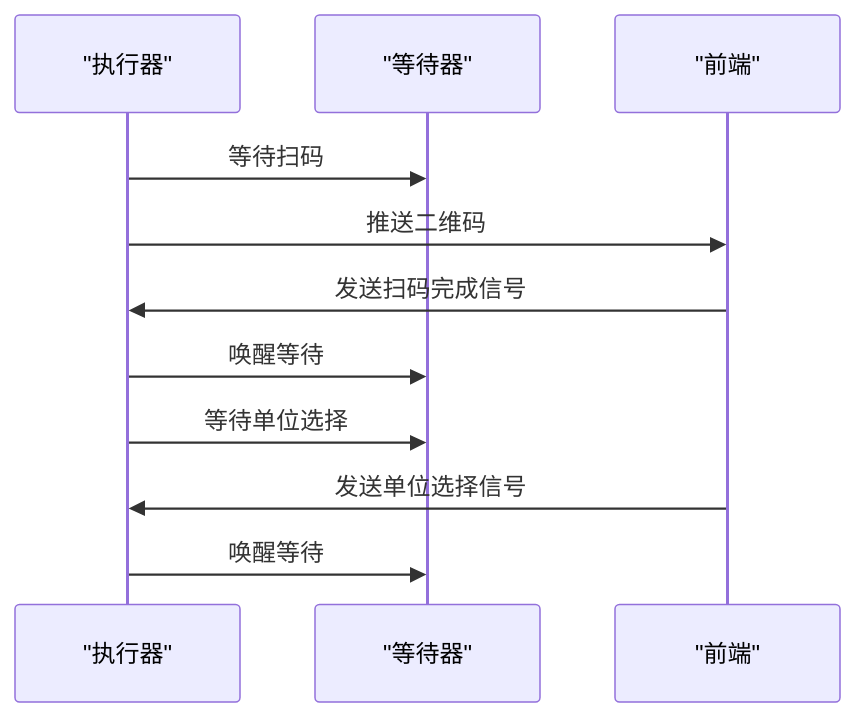
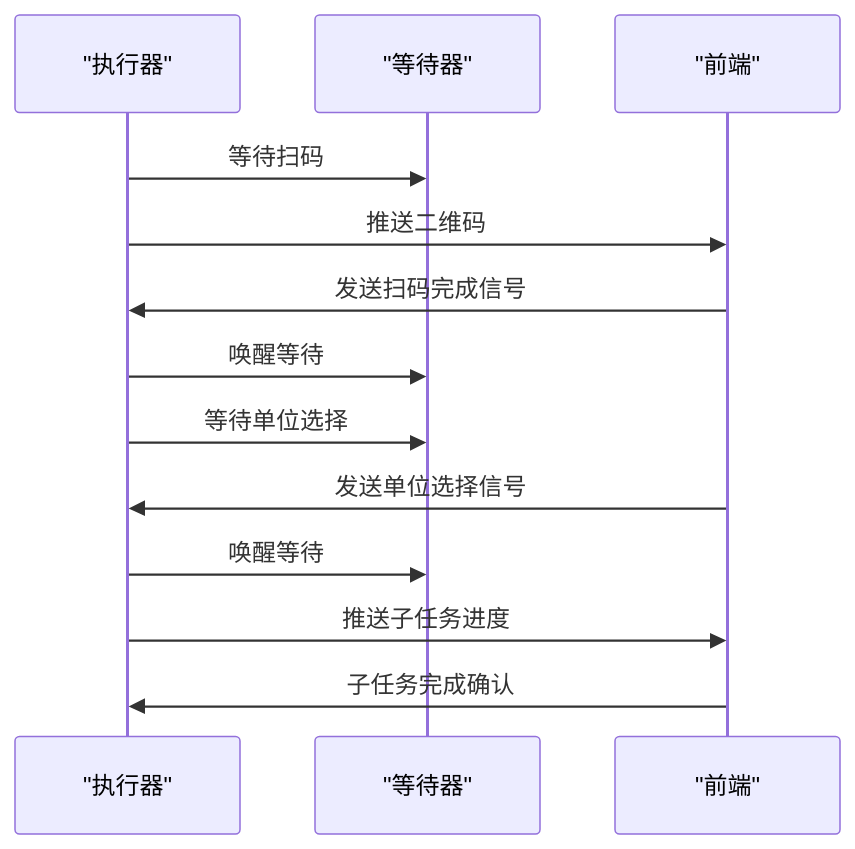
Before and after one commit to onebody/ccclubs_AI_RPA: the ninth of 10 diagrams in .qoder/repowiki/zh/content/后端服务架构/任务管理系统.md, drawn with Mermaid. The commit also changed other lines of this file and 50 other files, not shown here.

````diff
--- a/.qoder/repowiki/zh/content/后端服务架构/任务管理系统.md
+++ b/.qoder/repowiki/zh/content/后端服务架构/任务管理系统.md
@@ -281,13 +472,15 @@
 ```mermaid
 sequenceDiagram
 participant EXE as "执行器"
 participant WAIT as "等待器"
 participant FE as "前端"
 EXE->>WAIT : 等待扫码
 EXE->>FE : 推送二维码
 FE->>EXE : 发送扫码完成信号
 EXE->>WAIT : 唤醒等待
 EXE->>WAIT : 等待单位选择
 FE->>EXE : 发送单位选择信号
 EXE->>WAIT : 唤醒等待
+EXE->>FE : 推送子任务进度
+FE->>EXE : 子任务完成确认
 ```
````
